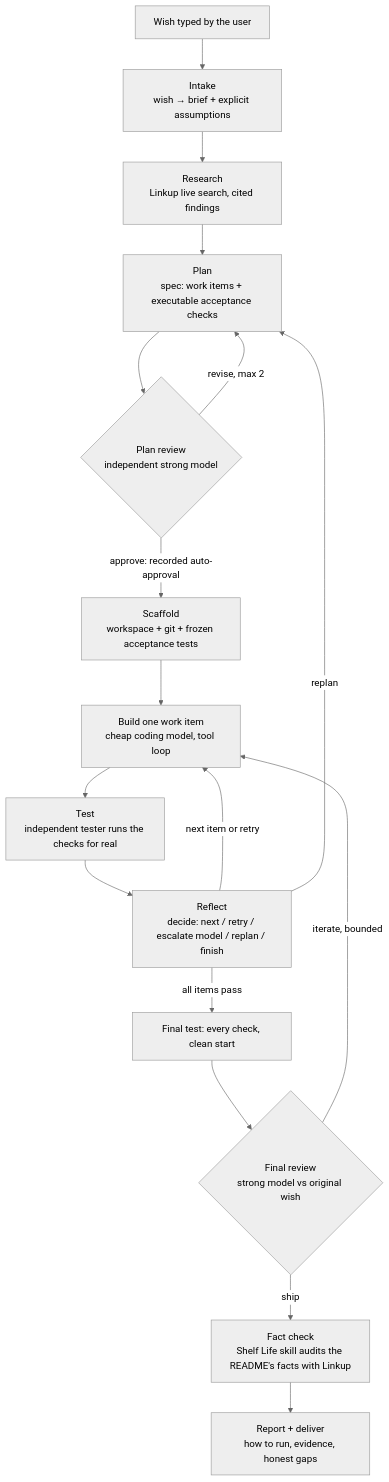
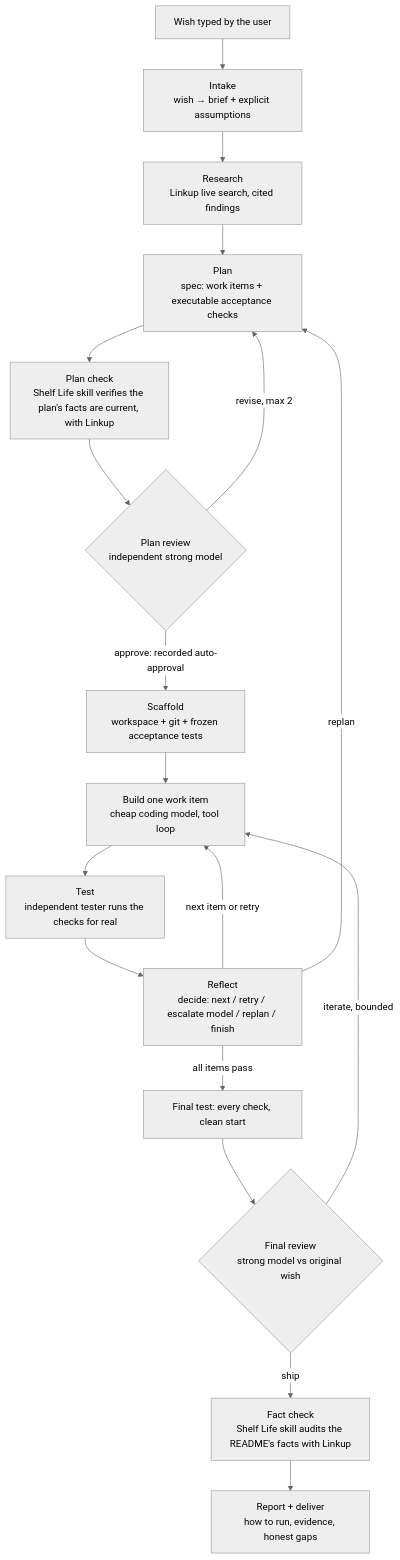
Before and after one commit to luoym525/ShallowSee-Harness: the first of 2 diagrams in harness/docs/ARCHITECTURE.md, drawn with Mermaid (neutral theme). The commit also changed other lines of this file and 7 other files, not shown here.

First line of the commit message:
harness: contract v5, Shelf Life plan check before plan review

````diff
--- a/harness/docs/ARCHITECTURE.md
+++ b/harness/docs/ARCHITECTURE.md
@@ -9,19 +9,20 @@
 ```mermaid
 flowchart TD
     W[Wish typed by the user] --> I[Intake<br/>wish → brief + explicit assumptions]
     I --> R[Research<br/>Linkup live search, cited findings]
     R --> P[Plan<br/>spec: work items + executable acceptance checks]
-    P --> PR{Plan review<br/>independent strong model}
+    P --> PC[Plan check<br/>Shelf Life skill verifies the plan's facts are current, with Linkup]
+    PC --> PR{Plan review<br/>independent strong model}
     PR -->|revise, max 2| P
     PR -->|approve: recorded auto-approval| S[Scaffold<br/>workspace + git + frozen acceptance tests]
     S --> B[Build one work item<br/>cheap coding model, tool loop]
     B --> T[Test<br/>independent tester runs the checks for real]
     T --> F[Reflect<br/>decide: next / retry / escalate model / replan / finish]
     F -->|next item or retry| B
     F -->|replan| P
     F -->|all items pass| FT[Final test: every check, clean start]
     FT --> FR{Final review<br/>strong model vs original wish}
     FR -->|iterate, bounded| B
     FR -->|ship| FC[Fact check<br/>Shelf Life skill audits the README's facts with Linkup]
     FC --> D[Report + deliver<br/>how to run, evidence, honest gaps]
 ```
````
